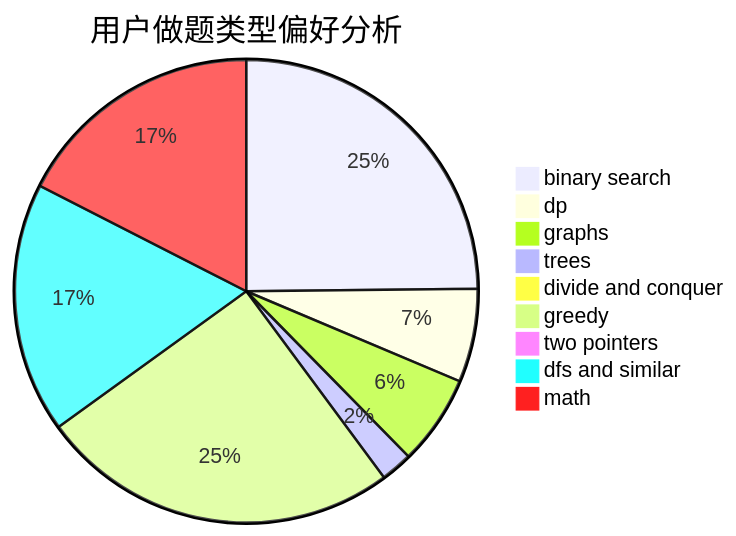
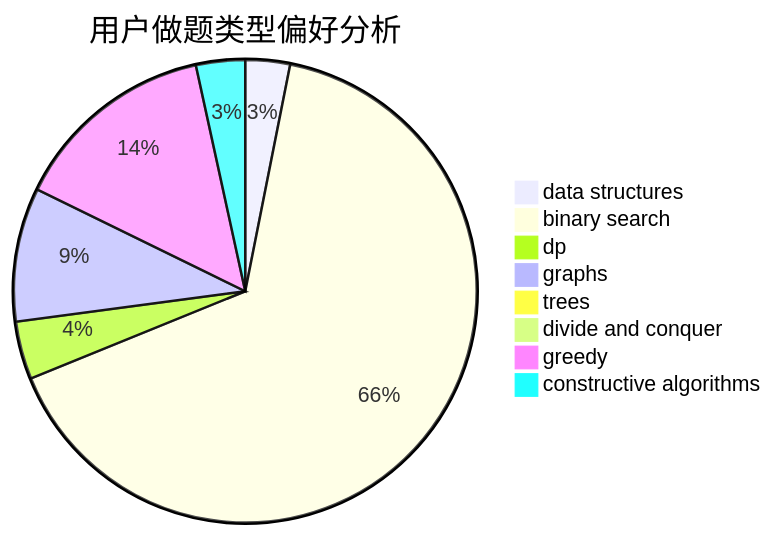
One commit to sherpahu/cfrs.github.io changed the second of 3 diagrams in docs/user/u1029.md. Above: the diagram before and after it, drawn with Mermaid. The commit also changed other lines of this file and 2775 other files, not shown here.

````diff
--- a/docs/user/u1029.md
+++ b/docs/user/u1029.md
@@ -23,12 +23,11 @@
 ```mermaid
 pie title 用户做题类型偏好分析
-    "binary search" :  213
-    "dp" :  56
-    "graphs" :  54
-    "trees" :  19
+    "data structures" :  10
+    "binary search" :  211
+    "dp" :  13
+    "graphs" :  30
+    "trees" :  0
     "divide and conquer" :  1
-    "greedy" :  216
-    "two pointers" :  1
-    "dfs and similar" :  150
-    "math" :  150
+    "greedy" :  46
+    "constructive algorithms" :  11
 ```
````
